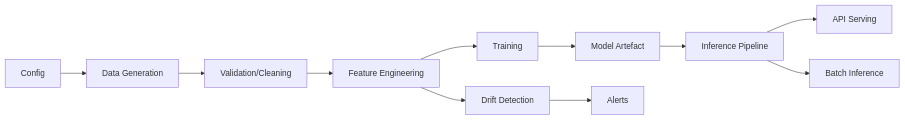
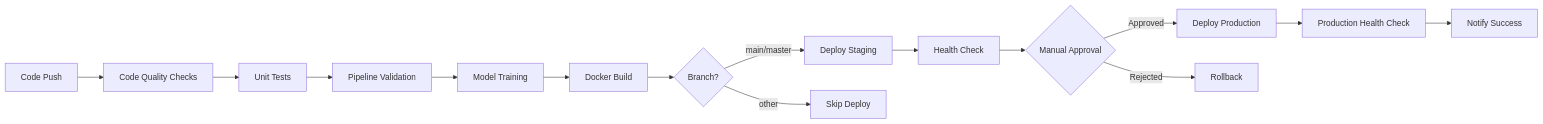
The third of 3 diagrams in docs/architecture.md (iamdgarcia/mlops_template), drawn with Mermaid before and after one commit. The commit also changed other lines of this file and 5 other files, not shown here.

````diff
--- a/docs/architecture.md
+++ b/docs/architecture.md
@@ -8,13 +255,17 @@
 ```mermaid
 flowchart LR
-  A[Config] --> B[Data Generation]
-  B --> C[Validation/Cleaning]
-  C --> D[Feature Engineering]
-  D --> E[Training]
-  E --> F[Model Artefact]
-  F --> G[Inference Pipeline]
-  G --> H[API Serving]
-  G --> I[Batch Inference]
-  D --> J[Drift Detection]
-  J --> K[Alerts]
+    A[Code Push] --> B[Code Quality Checks]
+    B --> C[Unit Tests]
+    C --> D[Pipeline Validation]
+    D --> E[Model Training]
+    E --> F[Docker Build]
+    F --> G{Branch?}
+    G -->|main/master| H[Deploy Staging]
+    G -->|other| I[Skip Deploy]
+    H --> J[Health Check]
+    J --> K{Manual Approval}
+    K -->|Approved| L[Deploy Production]
+    K -->|Rejected| M[Rollback]
+    L --> N[Production Health Check]
+    N --> O[Notify Success]
 ```
````
